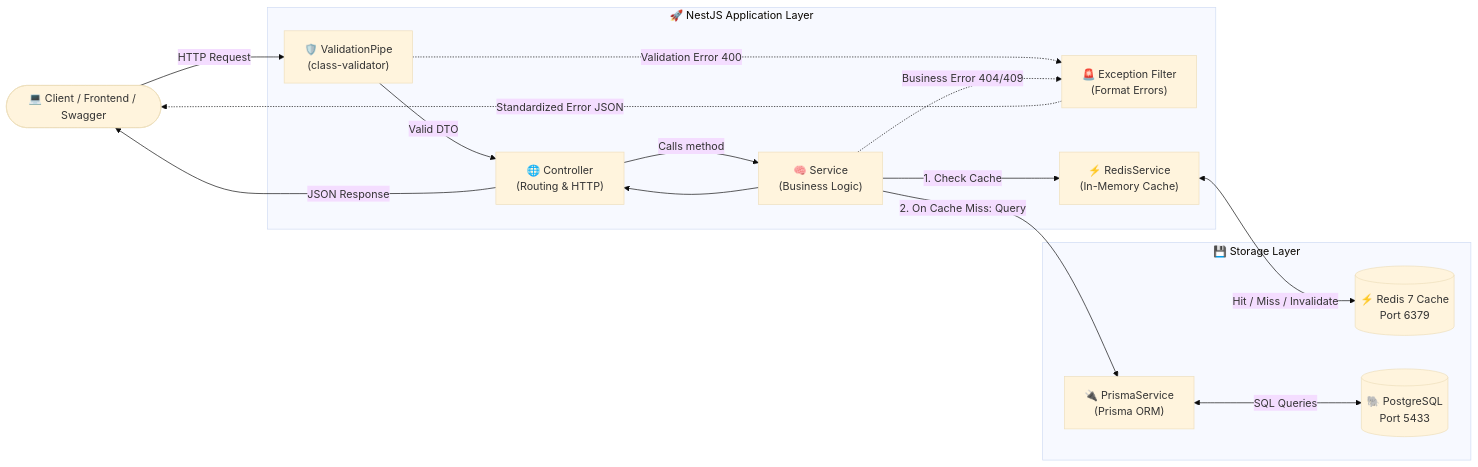
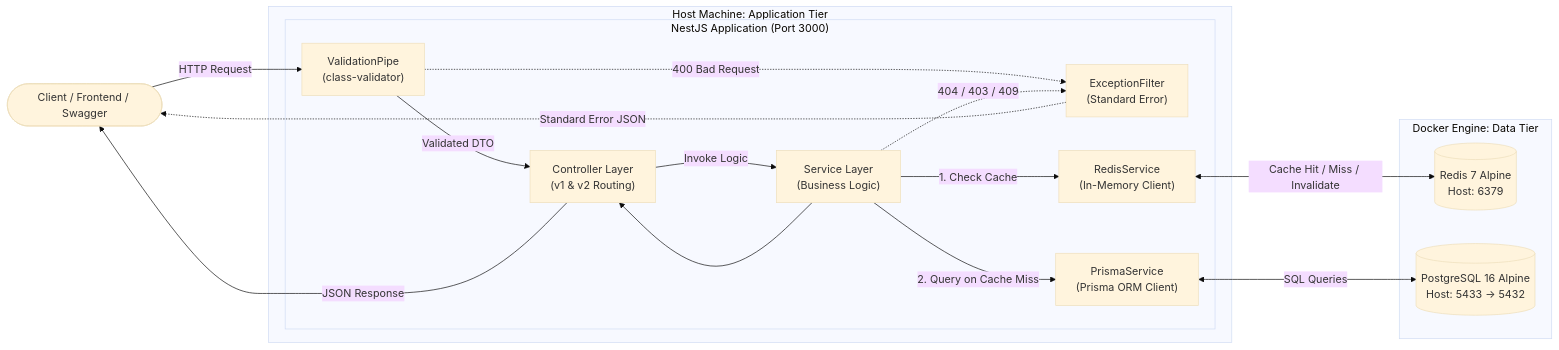
The first of 3 diagrams in README.md (AranGit/nestjs-prisma-blog-api), drawn with Mermaid (base theme) before and after one commit. The commit also changed other lines of this file and 2 other files, not shown here.

Commit message:
docs: transform all documentation into zero-emoji infographic style with enhanced diagrams and matrices

````diff
--- a/README.md
+++ b/README.md
@@ -28,35 +45,37 @@
 ```mermaid
 flowchart LR
-    Client([💻 Client / Frontend / Swagger])
+    Client([Client / Frontend / Swagger])
     
-    subgraph NestJS ["🚀 NestJS Application Layer"]
-        Pipe["🛡️ ValidationPipe\n(class-validator)"]
-        Filter["🚨 Exception Filter\n(Format Errors)"]
-        Controller["🌐 Controller\n(Routing & HTTP)"]
-        Service["🧠 Service\n(Business Logic)"]
-        RedisServ["⚡ RedisService\n(In-Memory Cache)"]
+    subgraph AppHost ["Host Machine: Application Tier"]
+        subgraph NestJS ["NestJS Application (Port 3000)"]
+            Pipe["ValidationPipe\n(class-validator)"]
+            Filter["ExceptionFilter\n(Standard Error)"]
+            Controller["Controller Layer\n(v1 & v2 Routing)"]
+            Service["Service Layer\n(Business Logic)"]
+            RedisServ["RedisService\n(In-Memory Client)"]
+            PrismaServ["PrismaService\n(Prisma ORM Client)"]
+        end
     end
     
-    subgraph Storage ["💾 Storage Layer"]
-        Redis[(⚡ Redis 7 Cache\nPort 6379)]
-        PrismaService["🔌 PrismaService\n(Prisma ORM)"]
-        Postgres[(🐘 PostgreSQL\nPort 5433)]
+    subgraph DockerHost ["Docker Engine: Data Tier"]
+        RedisNode[(Redis 7 Alpine\nHost: 6379)]
+        PostgresNode[(PostgreSQL 16 Alpine\nHost: 5433 -> 5432)]
     end
 
     Client -->|HTTP Request| Pipe
-    Pipe -->|Valid DTO| Controller
-    Controller -->|Calls method| Service
+    Pipe -->|Validated DTO| Controller
+    Controller -->|Invoke Logic| Service
 
     Service -->|1. Check Cache| RedisServ
-    RedisServ <-->|Hit / Miss / Invalidate| Redis
+    RedisServ <-->|Cache Hit / Miss / Invalidate| RedisNode
 
-    Service -->|2. On Cache Miss: Query| PrismaService
-    PrismaService <-->|SQL Queries| Postgres
+    Service -->|2. Query on Cache Miss| PrismaServ
+    PrismaServ <-->|SQL Queries| PostgresNode
 
     Service --> Controller
     Controller -->|JSON Response| Client
     
-    Pipe -.->|Validation Error 400| Filter
-    Service -.->|Business Error 404/409| Filter
-    Filter -.->|Standardized Error JSON| Client
+    Pipe -.->|400 Bad Request| Filter
+    Service -.->|404 / 403 / 409| Filter
+    Filter -.->|Standard Error JSON| Client
 ```
````
